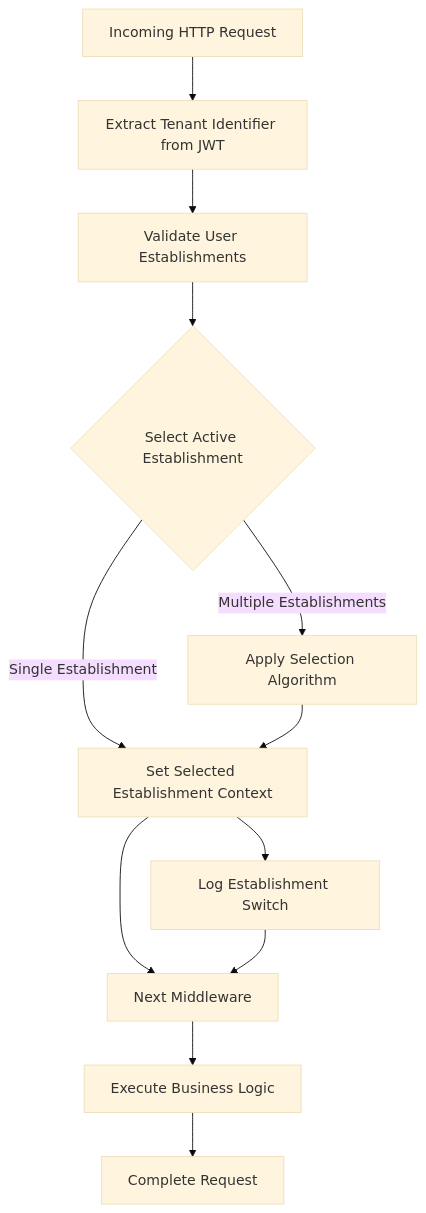
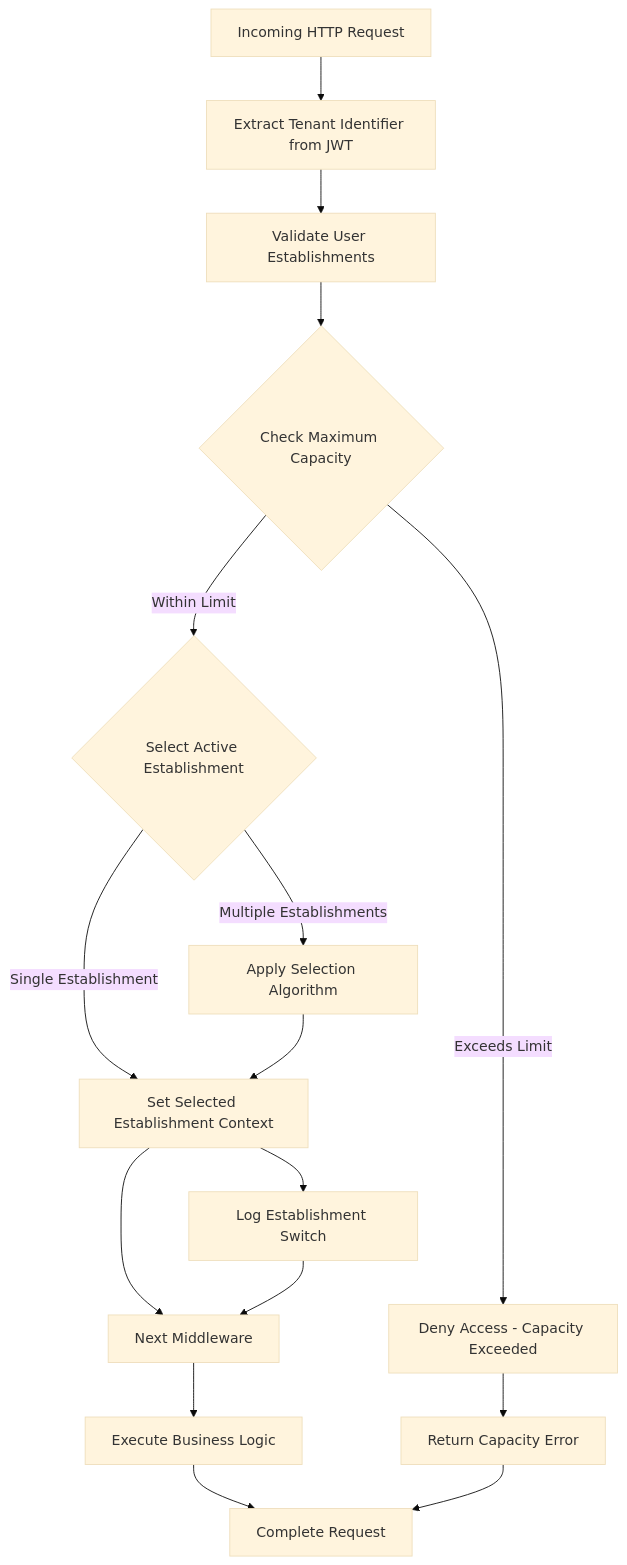
Before and after one commit to franckylab/eLISAschool: the third of 7 diagrams in .qoder/repowiki/en/content/Architecture Overview/Multi-Tenant Architecture.md, drawn with Mermaid (base theme). The commit also changed other lines of this file and 281 other files, not shown here.

````diff
--- a/.qoder/repowiki/en/content/Architecture Overview/Multi-Tenant Architecture.md
+++ b/.qoder/repowiki/en/content/Architecture Overview/Multi-Tenant Architecture.md
@@ -180,14 +205,18 @@
 ```mermaid
 flowchart TD
 Request[Incoming HTTP Request] --> ExtractTenant[Extract Tenant Identifier from JWT]
 ExtractTenant --> ValidateUser[Validate User Establishments]
-ValidateUser --> SelectEstablishment{Select Active Establishment}
+ValidateUser --> CheckCapacity{Check Maximum Capacity}
+CheckCapacity --> |Exceeds Limit| DenyAccess[Deny Access - Capacity Exceeded]
+CheckCapacity --> |Within Limit| SelectEstablishment{Select Active Establishment}
 SelectEstablishment --> |Single Establishment| SetContext[Set Single Establishment Context]
 SelectEstablishment --> |Multiple Establishments| SelectionAlgorithm[Apply Selection Algorithm]
 SelectionAlgorithm --> SetContext[Set Selected Establishment Context]
 SetContext --> NextMiddleware[Next Middleware]
 SetContext --> LogSwitch[Log Establishment Switch]
 LogSwitch --> NextMiddleware
 NextMiddleware --> BusinessLogic[Execute Business Logic]
 BusinessLogic --> CompleteRequest[Complete Request]
+DenyAccess --> ErrorHandler[Return Capacity Error]
+ErrorHandler --> CompleteRequest
 ```
````
